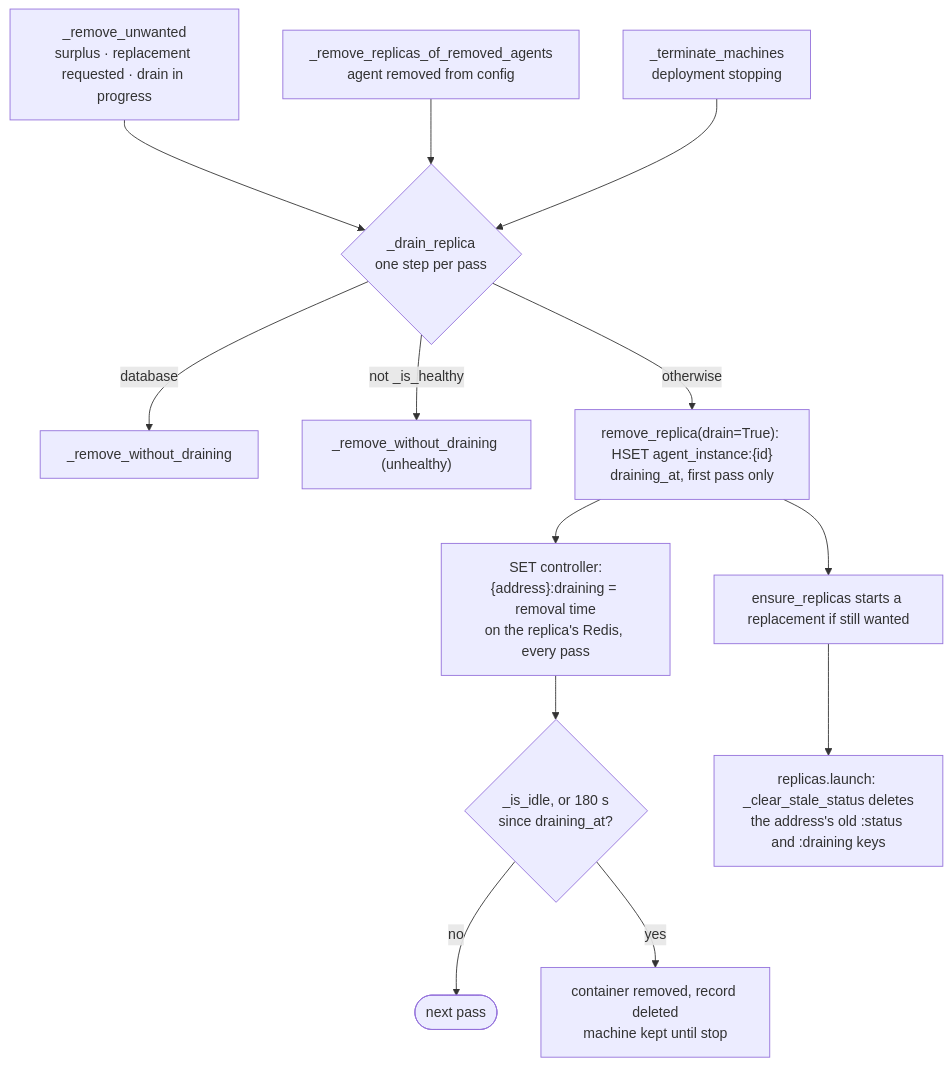
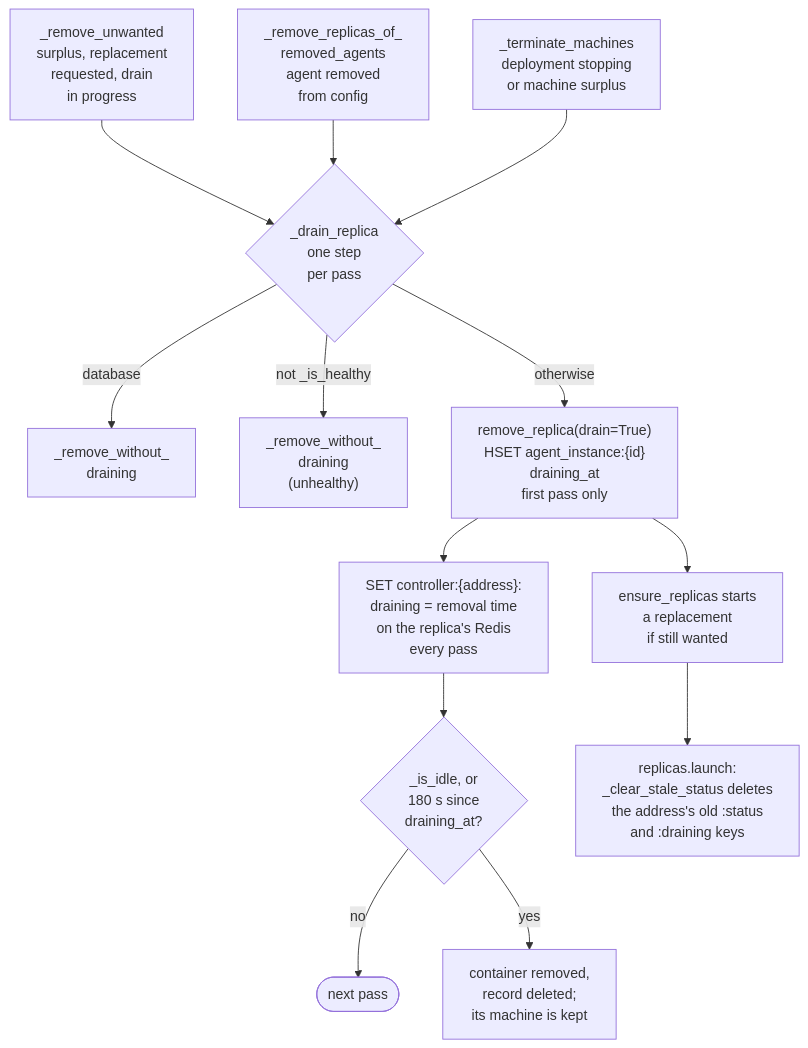
Before and after one commit to CanyonCodeCoreAI/canyonos: the second of 4 diagrams in docs/architecture/RECONCILER.md, drawn with Mermaid. The commit also changed other lines of this file and 49 other files, not shown here.

````diff
--- a/docs/architecture/RECONCILER.md
+++ b/docs/architecture/RECONCILER.md
@@ -135,15 +216,15 @@
 ```mermaid
-flowchart TD
-    unwanted["_remove_unwanted<br/>surplus · replacement requested · drain in progress"] --> drain
-    gone["_remove_replicas_of_removed_agents<br/>agent removed from config"] --> drain
-    stop["_terminate_machines<br/>deployment stopping"] --> drain
-    drain{"_drain_replica<br/>one step per pass"} -->|database| now["_remove_without_draining"]
-    drain -->|not _is_healthy| unhealthy["_remove_without_draining (unhealthy)"]
-    drain -->|otherwise| mark["remove_replica(drain=True): HSET agent_instance:{id}<br/>draining_at, first pass only"]
-    mark --> flag["SET controller:{address}:draining = removal time<br/>on the replica's Redis, every pass"]
-    flag --> idle{"_is_idle, or 180 s<br/>since draining_at?"}
-    idle -->|no| next(["next pass"])
-    idle -->|yes| drained["container removed, record deleted<br/>machine kept until stop"]
-    mark --> refill["ensure_replicas starts a replacement if still wanted"]
-    refill --> clear["replicas.launch: _clear_stale_status deletes<br/>the address's old :status and :draining keys"]
+flowchart TB
+    unwanted["_remove_unwanted<br/>surplus, replacement<br/>requested, drain<br/>in progress"] --> drain
+    gone["_remove_replicas_of_<br/>removed_agents<br/>agent removed<br/>from config"] --> drain
+    stop["_terminate_machines<br/>deployment stopping<br/>or machine surplus"] --> drain
+    drain{"_drain_replica<br/>one step<br/>per pass"} -->|"database"| now["_remove_without_<br/>draining"]
+    drain -->|"not _is_healthy"| unhealthy["_remove_without_<br/>draining<br/>(unhealthy)"]
+    drain -->|"otherwise"| mark["remove_replica(drain=True)<br/>HSET agent_instance:{id}<br/>draining_at<br/>first pass only"]
+    mark --> flag["SET controller:{address}:<br/>draining = removal time<br/>on the replica's Redis<br/>every pass"]
+    flag --> idle{"_is_idle, or<br/>180 s since<br/>draining_at?"}
+    idle -->|"no"| next(["next pass"])
+    idle -->|"yes"| drained["container removed,<br/>record deleted;<br/>its machine is kept"]
+    mark --> refill["ensure_replicas starts<br/>a replacement<br/>if still wanted"]
+    refill --> clear["replicas.launch:<br/>_clear_stale_status deletes<br/>the address's old :status<br/>and :draining keys"]
 ```
````
